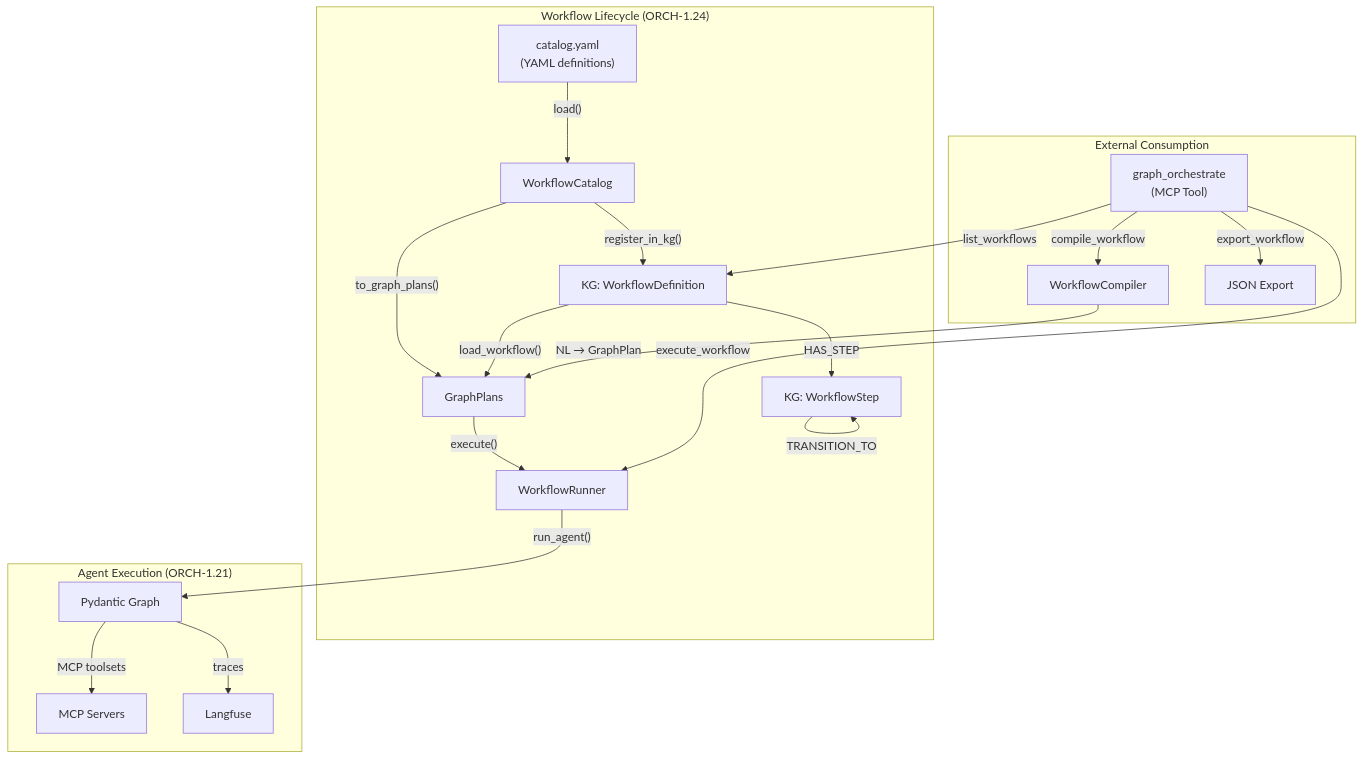
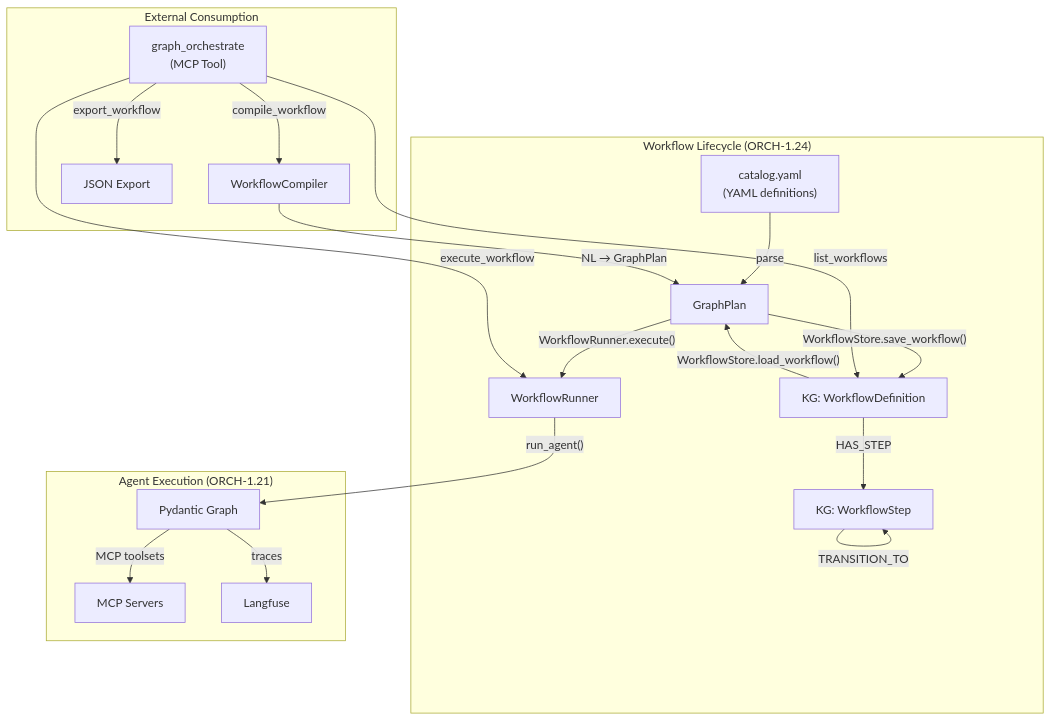
One commit to Knuckles-Team/agent-utilities changed the diagram in docs/examples/mcp-orchestration-examples.md. Above: the diagram before and after it, drawn with Mermaid. The commit also changed other lines of this file and 556 other files, not shown here.

````diff
--- a/docs/examples/mcp-orchestration-examples.md
+++ b/docs/examples/mcp-orchestration-examples.md
@@ -7,26 +7,25 @@
 ```mermaid
 graph TB
     subgraph "Workflow Lifecycle (ORCH-1.24)"
-        A["catalog.yaml<br/>(YAML definitions)"] -->|"load()"| B["WorkflowCatalog"]
-        B -->|"to_graph_plans()"| C["GraphPlans"]
-        B -->|"register_in_kg()"| D["KG: WorkflowDefinition"]
+        A["catalog.yaml<br/>(YAML definitions)"] -->|"parse"| C["GraphPlan"]
+        C -->|"WorkflowStore.save_workflow()"| D["KG: WorkflowDefinition"]
         D -->|"HAS_STEP"| E["KG: WorkflowStep"]
         E -->|"TRANSITION_TO"| E
-        C -->|"execute()"| F["WorkflowRunner"]
-        D -->|"load_workflow()"| C
+        C -->|"WorkflowRunner.execute()"| F["WorkflowRunner"]
+        D -->|"WorkflowStore.load_workflow()"| C
     end
 
     subgraph "Agent Execution (ORCH-1.21)"
         F -->|"run_agent()"| G["Pydantic Graph"]
         G -->|"MCP toolsets"| H["MCP Servers"]
         G -->|"traces"| I["Langfuse"]
     end
 
     subgraph "External Consumption"
         J["graph_orchestrate<br/>(MCP Tool)"] -->|"list_workflows"| D
         J -->|"execute_workflow"| F
         J -->|"compile_workflow"| K["WorkflowCompiler"]
         J -->|"export_workflow"| L["JSON Export"]
         K -->|"NL → GraphPlan"| C
     end
 ```
````
